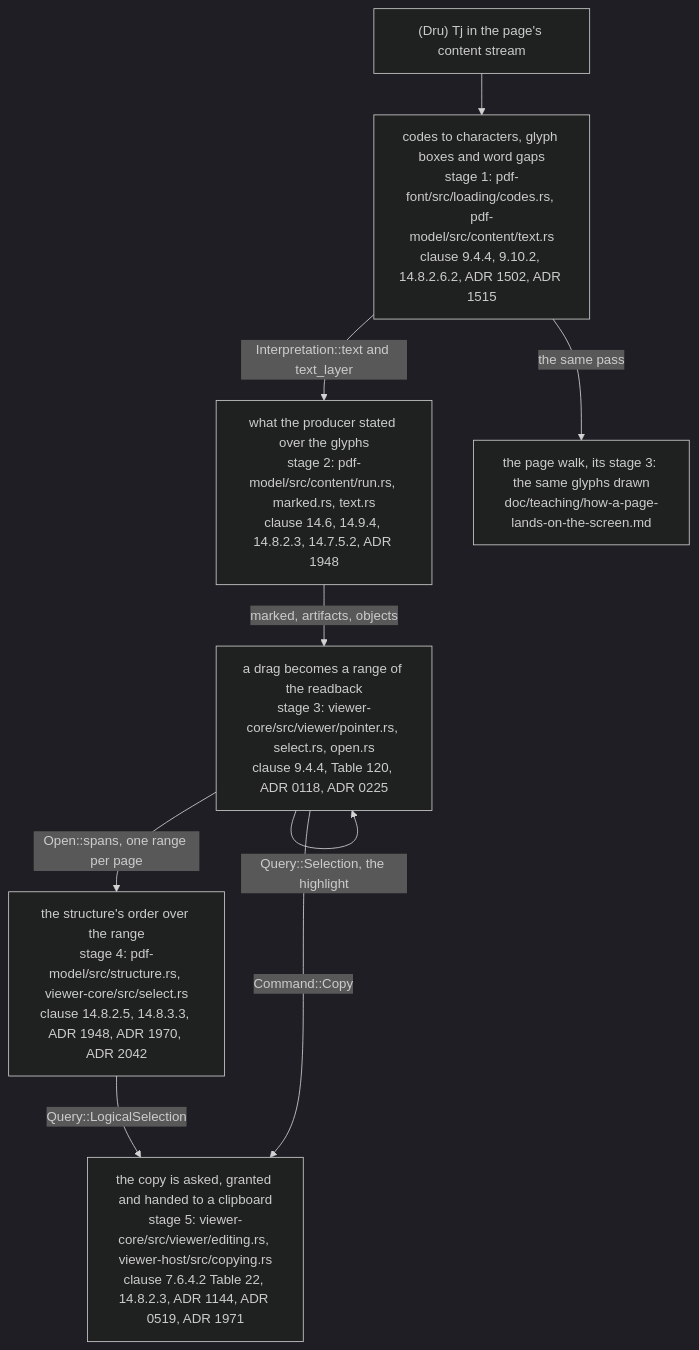
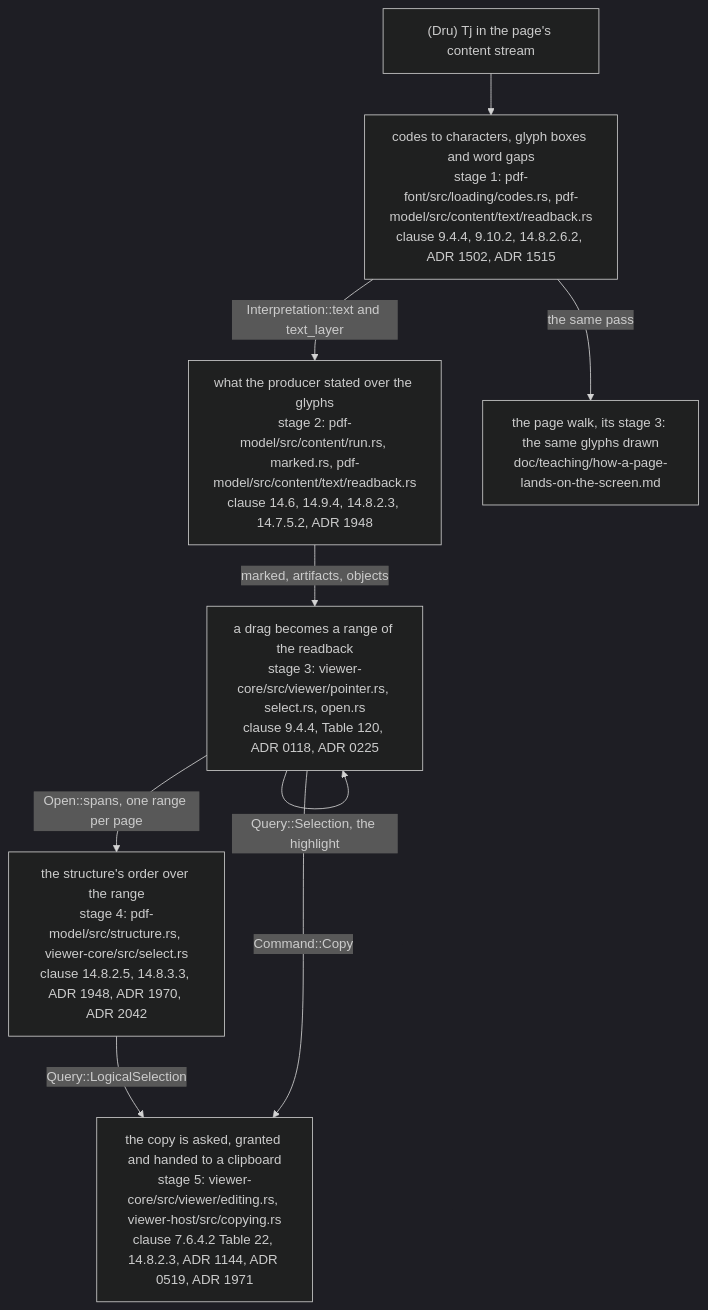
One commit to close2/pdf-viewer changed the first of 6 diagrams in doc/teaching/how-text-is-selected-and-copied.md. Above: the diagram before and after it, drawn with Mermaid (dark theme). The commit also changed other lines of this file and 94 other files, not shown here.

````diff
--- a/doc/teaching/how-text-is-selected-and-copied.md
+++ b/doc/teaching/how-text-is-selected-and-copied.md
@@ -89,19 +89,19 @@
 ```mermaid
 flowchart TD
     TJ["(Dru) Tj in the page's content stream"]
-    READ["codes to characters, glyph boxes and word gaps<br/>stage 1: pdf-font/src/loading/codes.rs, pdf-model/src/content/text.rs<br/>clause 9.4.4, 9.10.2, 14.8.2.6.2, ADR 1502, ADR 1515"]
-    MARK["what the producer stated over the glyphs<br/>stage 2: pdf-model/src/content/run.rs, marked.rs, text.rs<br/>clause 14.6, 14.9.4, 14.8.2.3, 14.7.5.2, ADR 1948"]
+    READ["codes to characters, glyph boxes and word gaps<br/>stage 1: pdf-font/src/loading/codes.rs, pdf-model/src/content/text/readback.rs<br/>clause 9.4.4, 9.10.2, 14.8.2.6.2, ADR 1502, ADR 1515"]
+    MARK["what the producer stated over the glyphs<br/>stage 2: pdf-model/src/content/run.rs, marked.rs, pdf-model/src/content/text/readback.rs<br/>clause 14.6, 14.9.4, 14.8.2.3, 14.7.5.2, ADR 1948"]
     PAGE["the page walk, its stage 3: the same glyphs drawn<br/>doc/teaching/how-a-page-lands-on-the-screen.md"]
     DRAG["a drag becomes a range of the readback<br/>stage 3: viewer-core/src/viewer/pointer.rs, select.rs, open.rs<br/>clause 9.4.4, Table 120, ADR 0118, ADR 0225"]
     TREE["the structure's order over the range<br/>stage 4: pdf-model/src/structure.rs, viewer-core/src/select.rs<br/>clause 14.8.2.5, 14.8.3.3, ADR 1948, ADR 1970, ADR 2042"]
     COPY["the copy is asked, granted and handed to a clipboard<br/>stage 5: viewer-core/src/viewer/editing.rs, viewer-host/src/copying.rs<br/>clause 7.6.4.2 Table 22, 14.8.2.3, ADR 1144, ADR 0519, ADR 1971"]
 
     TJ --> READ
     READ -->|"the same pass"| PAGE
     READ -->|"Interpretation::text and text_layer"| MARK
     MARK -->|"marked, artifacts, objects"| DRAG
     DRAG -->|"Open::spans, one range per page"| TREE
     DRAG -->|"Query::Selection, the highlight"| DRAG
     TREE -->|"Query::LogicalSelection"| COPY
     DRAG -->|"Command::Copy"| COPY
 ```
````
